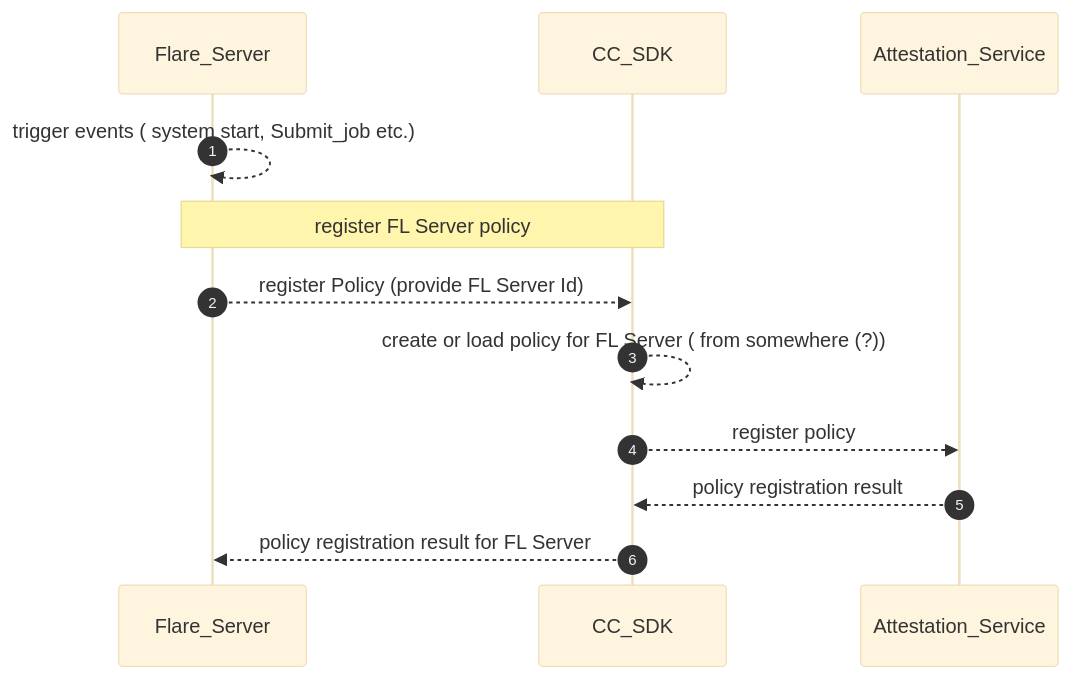
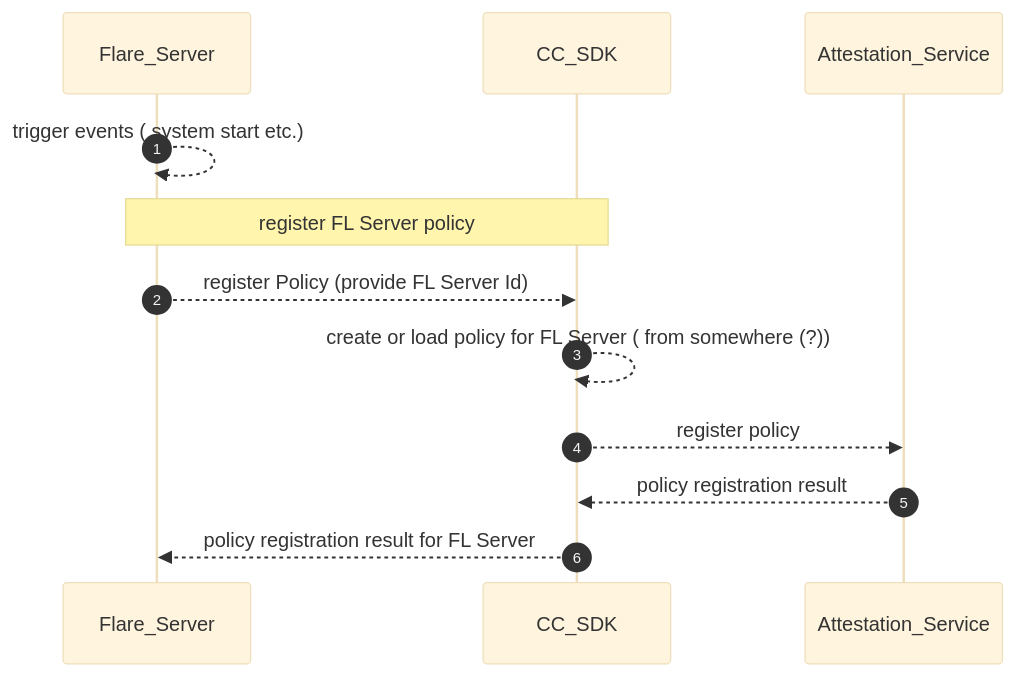
One commit to hitesh-ag1/NVFlare changed the second of 5 diagrams in docs/confidential_computing/detailed_cc_sequence_diagram.md. Above: the diagram before and after it, drawn with Mermaid (base theme). The commit also changed other lines of this file, not shown here.

Commit message:
Sequence diagram for CC

````diff
--- a/docs/confidential_computing/detailed_cc_sequence_diagram.md
+++ b/docs/confidential_computing/detailed_cc_sequence_diagram.md
@@ -43,16 +43,16 @@
 ```mermaid
 sequenceDiagram
    autonumber
     participant Flare_Server
     participant CC_SDK
     participant Attestation_Service
 
-    Flare_Server -->> Flare_Server: trigger events ( system start, Submit_job etc.)
+    Flare_Server -->> Flare_Server: trigger events ( system start etc.)
     Note over Flare_Server, CC_SDK: register FL Server policy
     Flare_Server -->> CC_SDK: register Policy (provide FL Server Id) 
     CC_SDK -->> CC_SDK: create or load policy for FL Server ( from somewhere (?))
     CC_SDK -->> Attestation_Service: register policy
     Attestation_Service -->> CC_SDK: policy registration result
     CC_SDK -->> Flare_Server: policy registration result for FL Server
  
 ```
````
